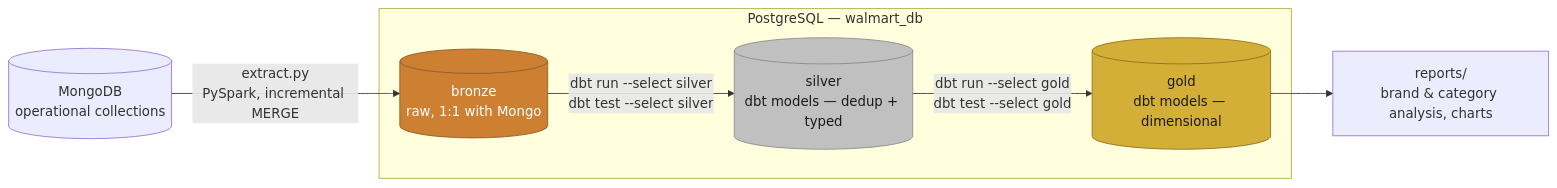
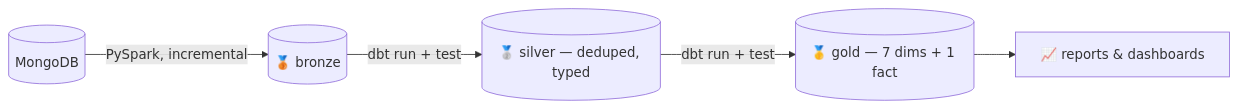
The diagram in README.md (Nitinx12/Walmart_DBT), drawn with Mermaid before and after one commit. The commit also changed other lines of this file, not shown here.

````diff
--- a/README.md
+++ b/README.md
@@ -101,21 +32,7 @@
 ```mermaid
 flowchart LR
-    MONGO[("MongoDB<br/>operational collections")] -->|"extract.py<br/>PySpark, incremental MERGE"| BRONZE
-
-    subgraph PG["PostgreSQL — walmart_db"]
-        BRONZE[("bronze<br/>raw, 1:1 with Mongo")]
-        SILVER[("silver<br/>dbt models — dedup + typed")]
-        GOLD[("gold<br/>dbt models — dimensional")]
-        BRONZE -- "dbt run --select silver<br/>dbt test --select silver" --> SILVER
-        SILVER -- "dbt run --select gold<br/>dbt test --select gold" --> GOLD
-    end
-
-    GOLD --> BI["reports/<br/>brand & category analysis, charts"]
-
-    classDef bronze fill:#CD7F32,color:#fff,stroke:#8b5a2b
-    classDef silver fill:#C0C0C0,color:#1a1a1a,stroke:#888888
-    classDef gold fill:#D4AF37,color:#1a1a1a,stroke:#8a6d1f
-    class BRONZE bronze
-    class SILVER silver
-    class GOLD gold
+    MONGO[("MongoDB")] -->|"PySpark, incremental"| BRONZE[("🥉 bronze")]
+    BRONZE -->|"dbt run + test"| SILVER[("🥈 silver — deduped, typed")]
+    SILVER -->|"dbt run + test"| GOLD[("🥇 gold — 7 dims + 1 fact")]
+    GOLD --> BI["📈 reports & dashboards"]
 ```
````
